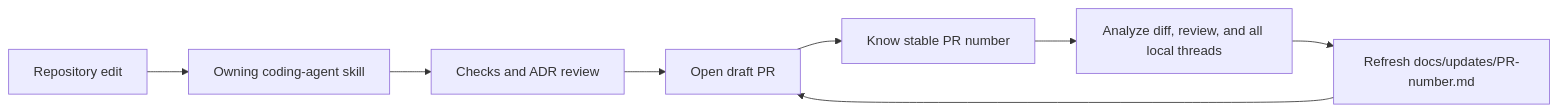
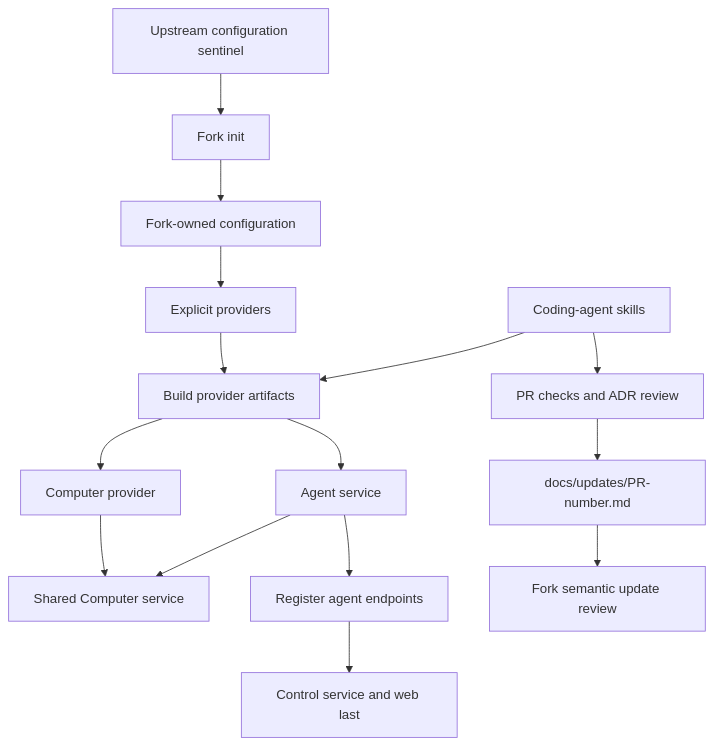
Before and after one commit to trytilde/dispatch: the diagram in docs/updates/11.md, drawn with Mermaid. The commit also changed other lines of this file and 1 other file, not shown here.

````diff
--- a/docs/updates/11.md
+++ b/docs/updates/11.md
@@ -21,10 +33,17 @@
 ```mermaid
-flowchart LR
-  E["Repository edit"] --> S["Owning coding-agent skill"]
-  S --> V["Checks and ADR review"]
-  V --> P["Open draft PR"]
-  P --> N["Know stable PR number"]
-  N --> T["Analyze diff, review, and all local threads"]
-  T --> U["Refresh docs/updates/PR-number.md"]
-  U --> P
+flowchart TD
+  U["Upstream configuration sentinel"] --> I["Fork init"]
+  I --> F["Fork-owned configuration"]
+  F --> C["Explicit providers"]
+  C --> B["Build provider artifacts"]
+  B --> A["Agent service"]
+  B --> P["Computer provider"]
+  P --> S["Shared Computer service"]
+  A --> S
+  A --> R["Register agent endpoints"]
+  R --> O["Control service and web last"]
+  W["Coding-agent skills"] --> B
+  W --> Q["PR checks and ADR review"]
+  Q --> N["docs/updates/PR-number.md"]
+  N --> M["Fork semantic update review"]
 ```
````
